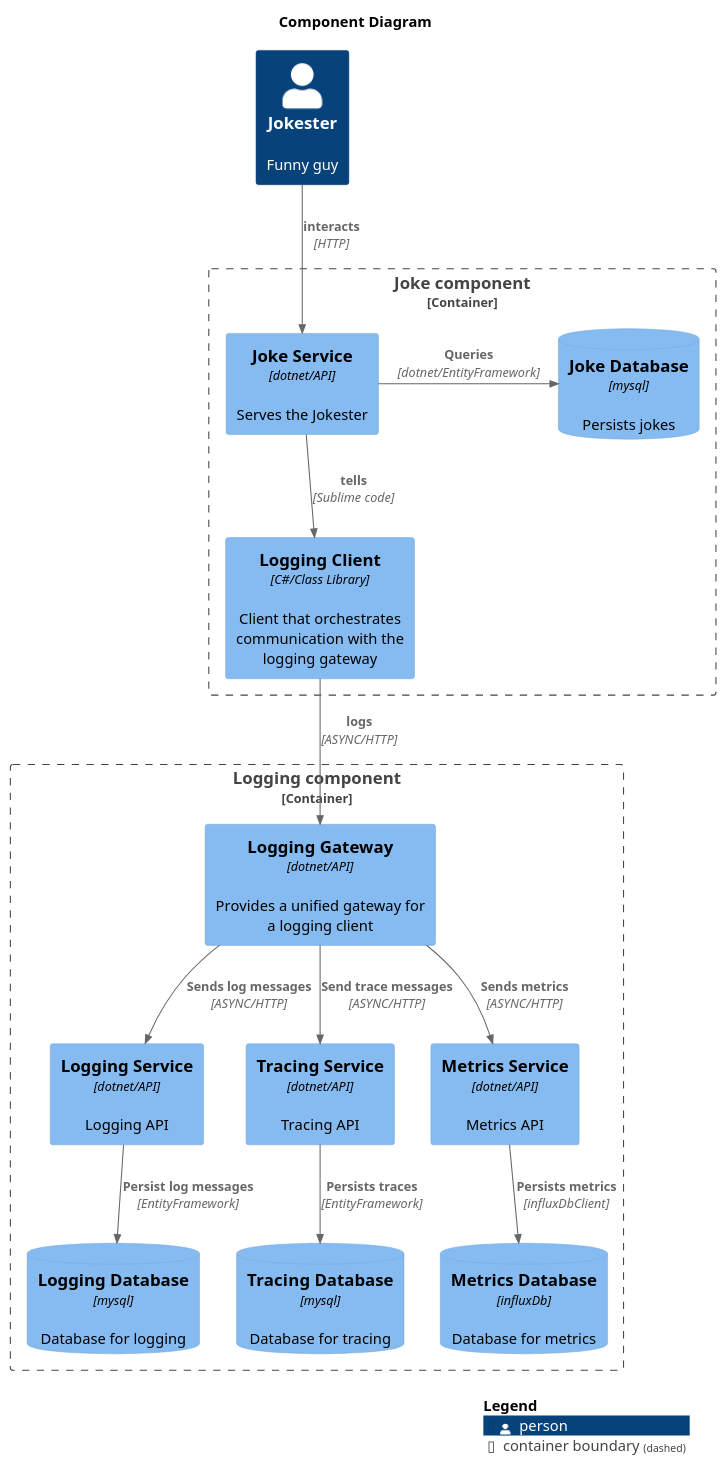
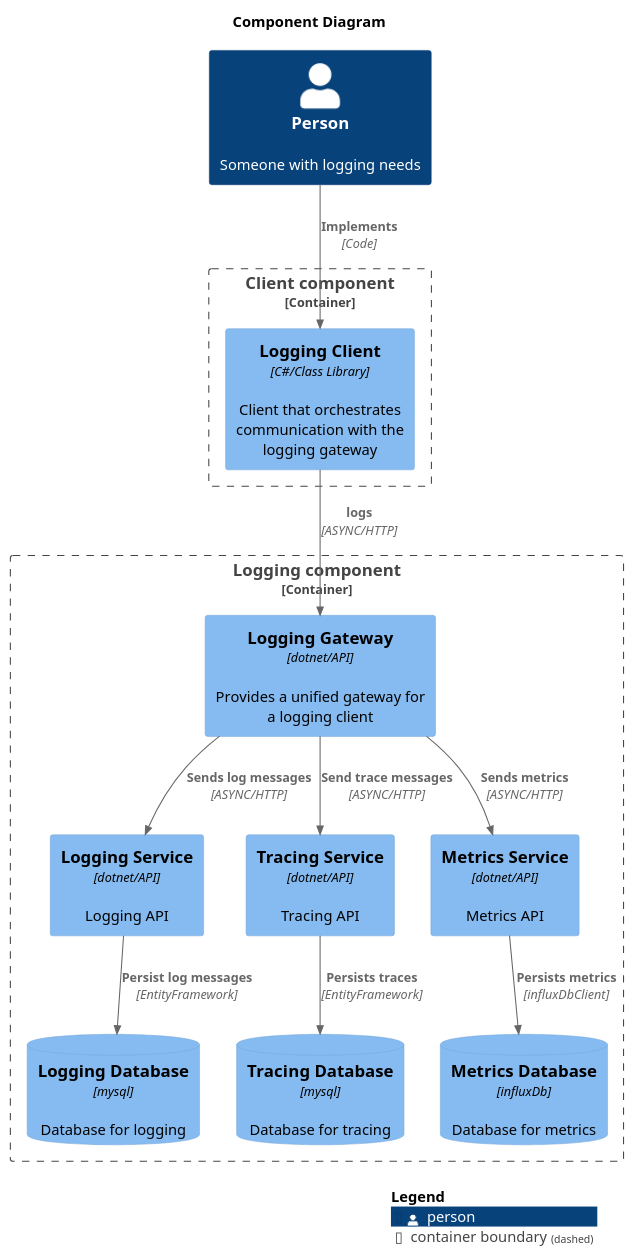
Before and after one commit to BjoernGoettler/DLS_compulsory_assignment01: the diagram in documentation/C4_Component.puml, drawn with PlantUML. The commit also changed 1 other file, not shown here.

```diff
--- a/documentation/C4_Component.puml
+++ b/documentation/C4_Component.puml
@@ -1,32 +1,28 @@
 @startuml C4_Component
 !include https://raw.githubusercontent.com/plantuml-stdlib/C4-PlantUML/master/C4_Component.puml
 !include <C4/C4_Container.puml>
 title Component Diagram
-Person(user, "Jokester", "Funny guy")
-Container_Boundary(jokeContainer, "Joke component") {
-    Component(jokeservice, "Joke Service", $techn=dotnet/API, $descr="Serves the Jokester")
-    ComponentDb(jokedb, "Joke Database", $techn=mysql, $descr="Persists jokes")
+Person(user, "Person", "Someone with logging needs")
+Container_Boundary(clientContainer, "Client component") {
     Component(loggingClient, "Logging Client", $techn="C#/Class Library", $descr="Client that orchestrates communication with the logging gateway")
 }
 Container_Boundary(loggingContainer, "Logging component") {
     Component(loggingGateway, "Logging Gateway", $techn=dotnet/API, $descr="Provides a unified gateway for a logging client")
     Component(loggingService, "Logging Service", $techn=dotnet/API, $descr="Logging API")
     Component(tracingService, "Tracing Service", $techn=dotnet/API, $descr="Tracing API")
     Component(metricsService, "Metrics Service", $techn=dotnet/API, $descr="Metrics API")
     ComponentDb(loggingdb, "Logging Database", $techn=mysql, $descr="Database for logging")
     ComponentDb(tracingdb, "Tracing Database", $techn=mysql, $descr="Database for tracing")
     ComponentDb(metricsdb, "Metrics Database", $techn=influxDb, $descr="Database for metrics")
 }
-Rel_D(user, jokeservice, "interacts", "HTTP")
-Rel_D(jokeservice, loggingClient, "tells", "Sublime code")
-Rel_R(jokeservice, jokedb, "Queries","dotnet/EntityFramework")
+Rel_D(user, loggingClient, "Implements", "Code")
 Rel_D(loggingClient, loggingGateway, "logs", "ASYNC/HTTP")
 Rel(loggingGateway, loggingService, "Sends log messages", "ASYNC/HTTP")
 Rel(loggingGateway, tracingService, "Send trace messages", "ASYNC/HTTP")
 Rel(loggingGateway, metricsService, "Sends metrics", "ASYNC/HTTP")
 Rel(loggingService, loggingdb, "Persist log messages", "EntityFramework")
 Rel(tracingService, tracingdb, "Persists traces", "EntityFramework")
 Rel(metricsService, metricsdb, "Persists metrics", "influxDbClient")
 
 SHOW_LEGEND()
 @enduml
```
